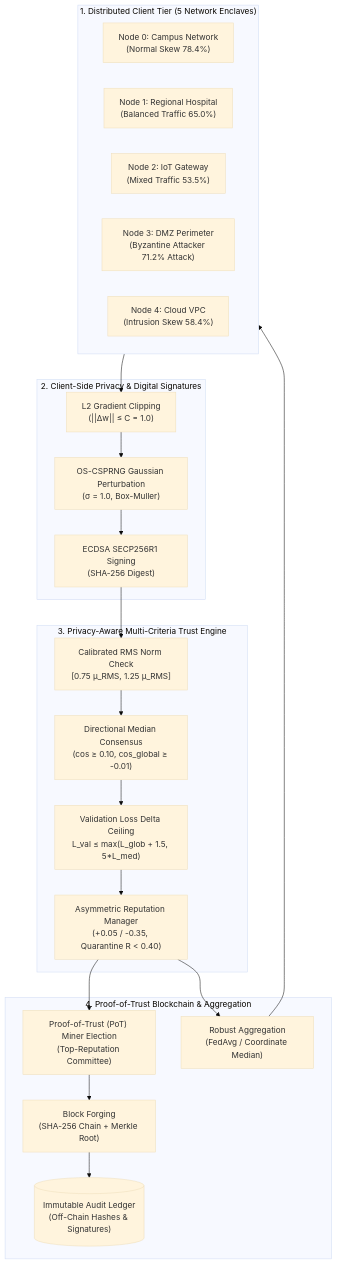
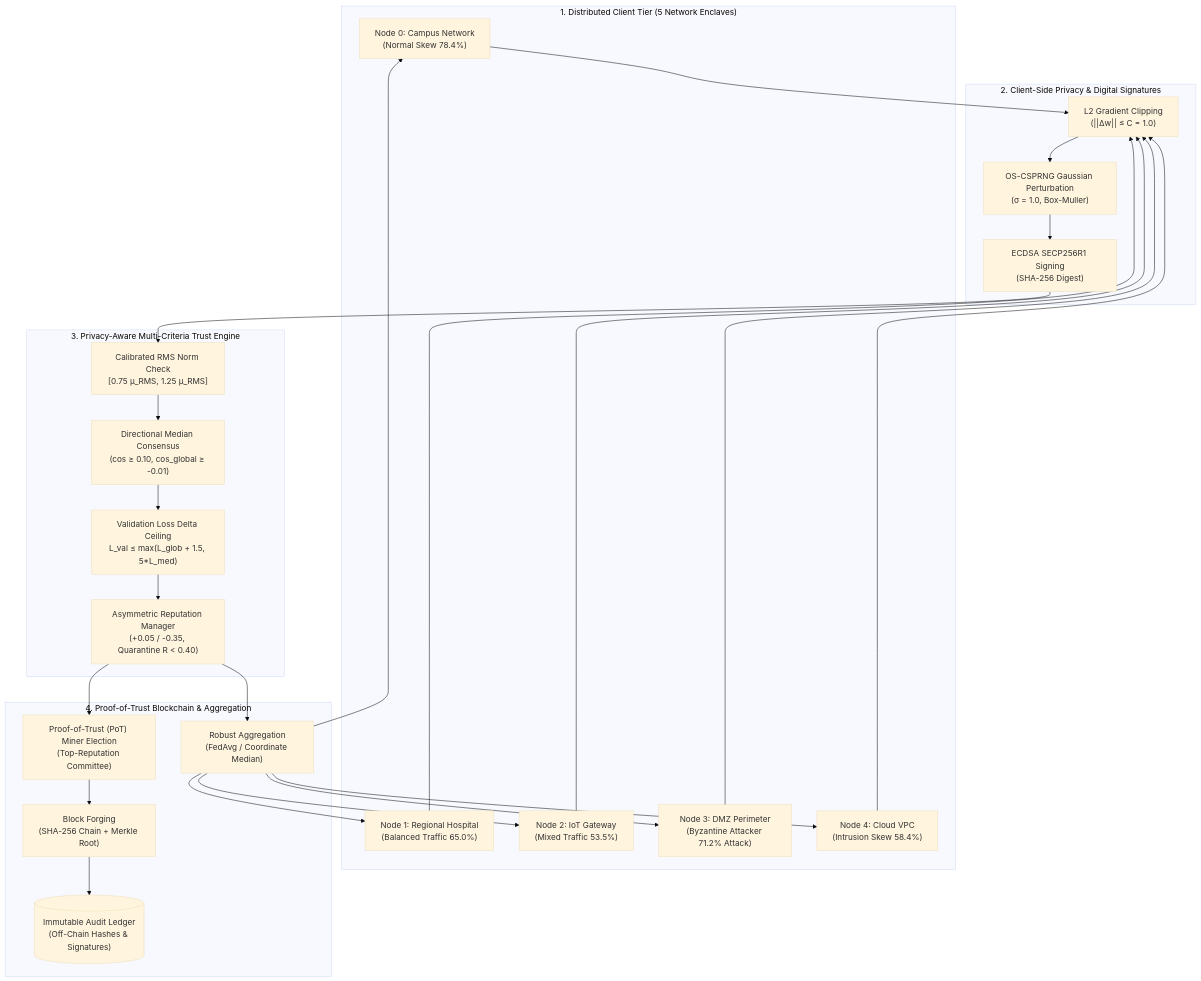
Before and after one commit to RanvyGHBs/blockchain-fl-ids: the first of 2 diagrams in README.md, drawn with Mermaid (base theme). The commit also changed other lines of this file, not shown here.

````diff
--- a/README.md
+++ b/README.md
@@ -103,35 +105,37 @@
 ```mermaid
 flowchart TD
     subgraph ClientLayer ["1. Distributed Client Tier (5 Network Enclaves)"]
         C0["Node 0: Campus Network<br/>(Normal Skew 78.4%)"]
         C1["Node 1: Regional Hospital<br/>(Balanced Traffic 65.0%)"]
         C2["Node 2: IoT Gateway<br/>(Mixed Traffic 53.5%)"]
         C3["Node 3: DMZ Perimeter<br/>(Byzantine Attacker 71.2% Attack)"]
         C4["Node 4: Cloud VPC<br/>(Intrusion Skew 58.4%)"]
     end
 
     subgraph PrivacyCryptoLayer ["2. Client-Side Privacy & Digital Signatures"]
         Clip["L2 Gradient Clipping<br/>(||Δw|| ≤ C = 1.0)"]
         Noise["OS-CSPRNG Gaussian Perturbation<br/>(σ = 1.0, Box-Muller)"]
         Sign["ECDSA SECP256R1 Signing<br/>(SHA-256 Digest)"]
     end
 
     subgraph TrustEngineLayer ["3. Privacy-Aware Multi-Criteria Trust Engine"]
         NormCheck["Calibrated RMS Norm Check<br/>[0.75 μ_RMS, 1.25 μ_RMS]"]
         CosCheck["Directional Median Consensus<br/>(cos ≥ 0.10, cos_global ≥ -0.01)"]
         LossCheck["Validation Loss Delta Ceiling<br/>L_val ≤ max(L_glob + 1.5, 5*L_med)"]
         RepMgr["Asymmetric Reputation Manager<br/>(+0.05 / -0.35, Quarantine R < 0.40)"]
     end
 
     subgraph BlockchainLayer ["4. Proof-of-Trust Blockchain & Aggregation"]
         PoT["Proof-of-Trust (PoT) Miner Election<br/>(Top-Reputation Committee)"]
         BlockForge["Block Forging<br/>(SHA-256 Chain + Merkle Root)"]
         Ledger[("Immutable Audit Ledger<br/>(Off-Chain Hashes & Signatures)")]
         Agg["Robust Aggregation<br/>(FedAvg / Coordinate Median)"]
     end
 
-    ClientLayer --> Clip --> Noise --> Sign
+    C0 & C1 & C2 & C3 & C4 --> Clip
+    Clip --> Noise --> Sign
     Sign --> NormCheck --> CosCheck --> LossCheck --> RepMgr
     RepMgr --> PoT --> BlockForge --> Ledger
-    RepMgr --> Agg --> ClientLayer
+    RepMgr --> Agg
+    Agg --> C0 & C1 & C2 & C3 & C4
 ```
````
